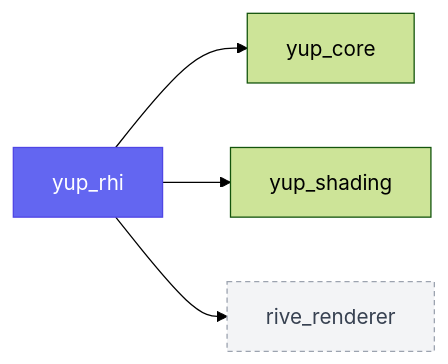
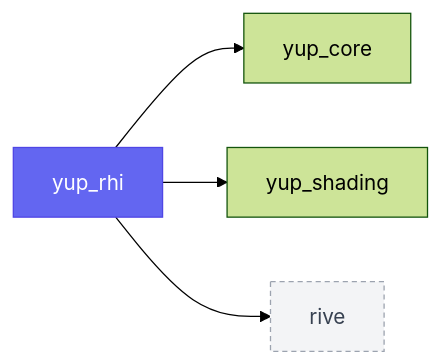
One commit to kunitoki/yup changed the sixth of 21 diagrams in docs/modules.md. Above: the diagram before and after it, drawn with Mermaid (forest theme). The commit also changed other lines of this file and 1042 other files, not shown here.

````diff
--- a/docs/modules.md
+++ b/docs/modules.md
@@ -149,8 +149,8 @@
 ```mermaid
 flowchart LR
     yup_rhi:::self --> yup_core
     yup_rhi --> yup_shading
-    yup_rhi --> rive_renderer:::ext
+    yup_rhi --> rive:::ext
     classDef self fill:#6366f1,color:#fff,stroke:#4f46e5;
     classDef ext fill:#f3f4f6,color:#374151,stroke:#9ca3af,stroke-dasharray:4 3;
 ```
````
